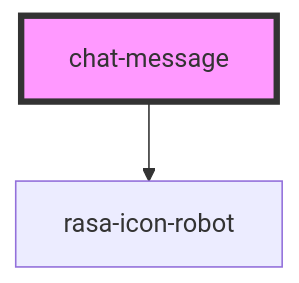
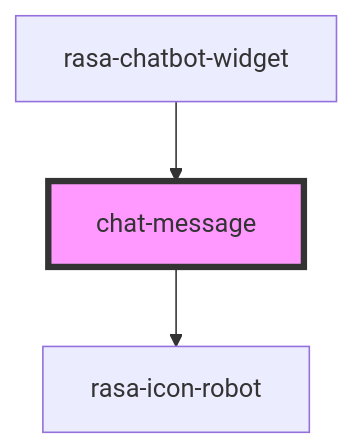
The diagram in packages/web-component/src/components/message/readme.md (RasaHQ/chat-widget), drawn with Mermaid before and after one commit. The commit also changed other lines of this file and 41 other files, not shown here.

````diff
--- a/packages/web-component/src/components/message/readme.md
+++ b/packages/web-component/src/components/message/readme.md
@@ -30,5 +34,6 @@
 ```mermaid
 graph TD;
   chat-message --> rasa-icon-robot
+  rasa-chatbot-widget --> chat-message
   style chat-message fill:#f9f,stroke:#333,stroke-width:4px
 ```
````
